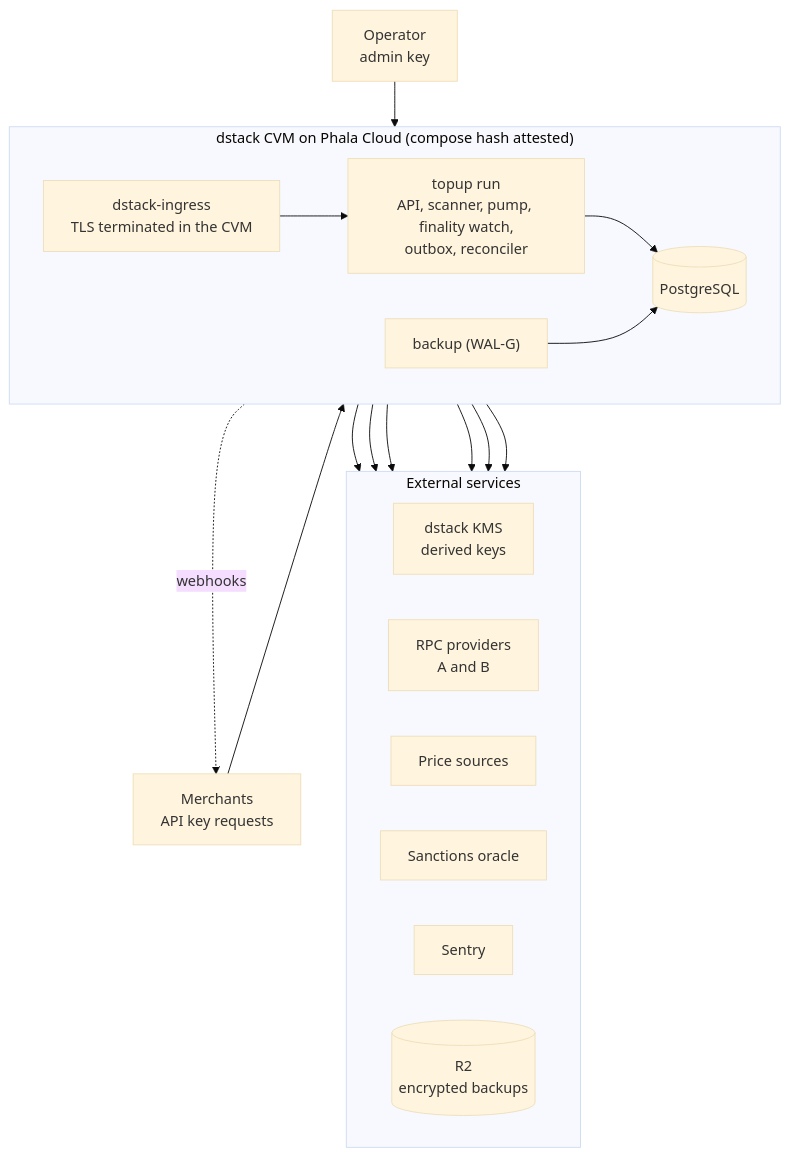
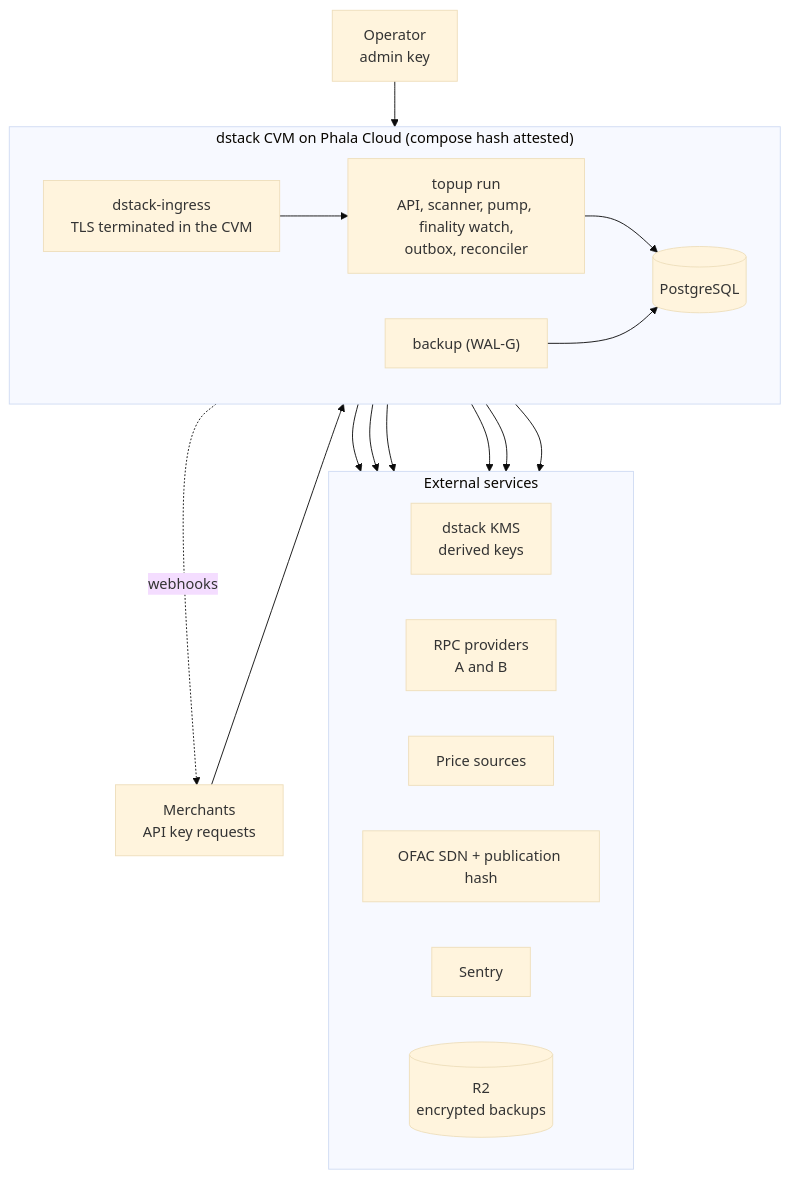
Before and after one commit to Phala-Network/phala-pay: the first of 3 diagrams in docs/architecture.md, drawn with Mermaid (base theme). The commit also changed other lines of this file and 76 other files, not shown here.

First line of the commit message:
feat(sanctions)!: screen against verified OFAC SDN snapshots instead of the deprecated oracle (#420)

````diff
--- a/docs/architecture.md
+++ b/docs/architecture.md
@@ -220,28 +220,28 @@
 ```mermaid
 flowchart TB
     products["Merchants<br/>API key requests"]
     admin["Operator<br/>admin key"]
     subgraph cvm["dstack CVM on Phala Cloud (compose hash attested)"]
         direction LR
         ingress["dstack-ingress<br/>TLS terminated in the CVM"]
         topup["topup run<br/>API, scanner, pump, finality watch,<br/>outbox, reconciler"]
         pg[("PostgreSQL")]
         backup["backup (WAL-G)"]
         ingress --> topup --> pg
         backup --> pg
     end
     subgraph ext["External services"]
         direction LR
         kms["dstack KMS<br/>derived keys"]
         rpc["RPC providers<br/>A and B"]
         prices["Price sources"]
-        oracle["Sanctions oracle"]
+        oracle["OFAC SDN + publication hash"]
         sentry["Sentry"]
         r2[("R2<br/>encrypted backups")]
     end
     products --> ingress
     admin --> ingress
     topup -.->|"webhooks"| products
     topup --> kms & rpc & prices & oracle & sentry
     backup --> r2
 ```
````
